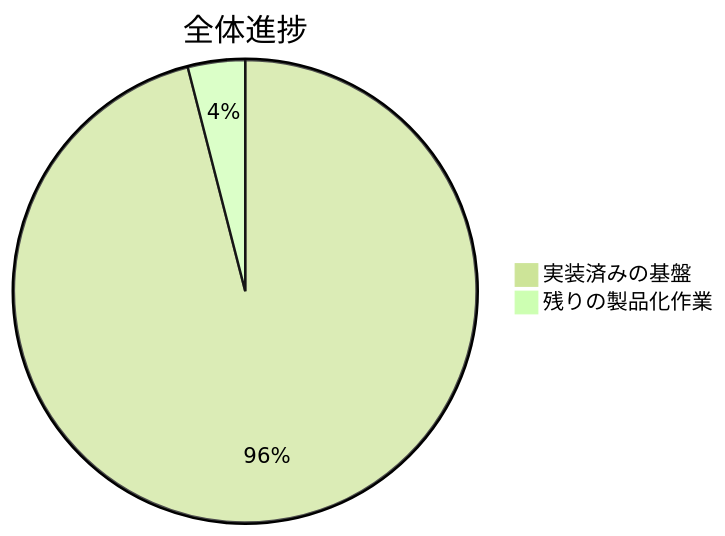
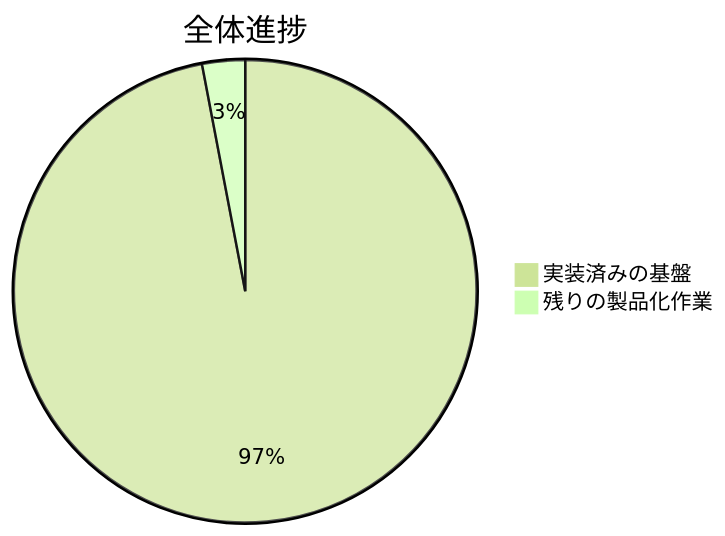
Before and after one commit to lingmulongtai/GlyphRay: the first of 5 diagrams in README.ja.md, drawn with Mermaid (forest theme). The commit also changed other lines of this file and 10 other files, not shown here.

````diff
--- a/README.ja.md
+++ b/README.ja.md
@@ -15,5 +15,5 @@
 ```mermaid
 pie title 全体進捗
-  "実装済みの基盤" : 96
-  "残りの製品化作業" : 4
+  "実装済みの基盤" : 97
+  "残りの製品化作業" : 3
 ```
````
